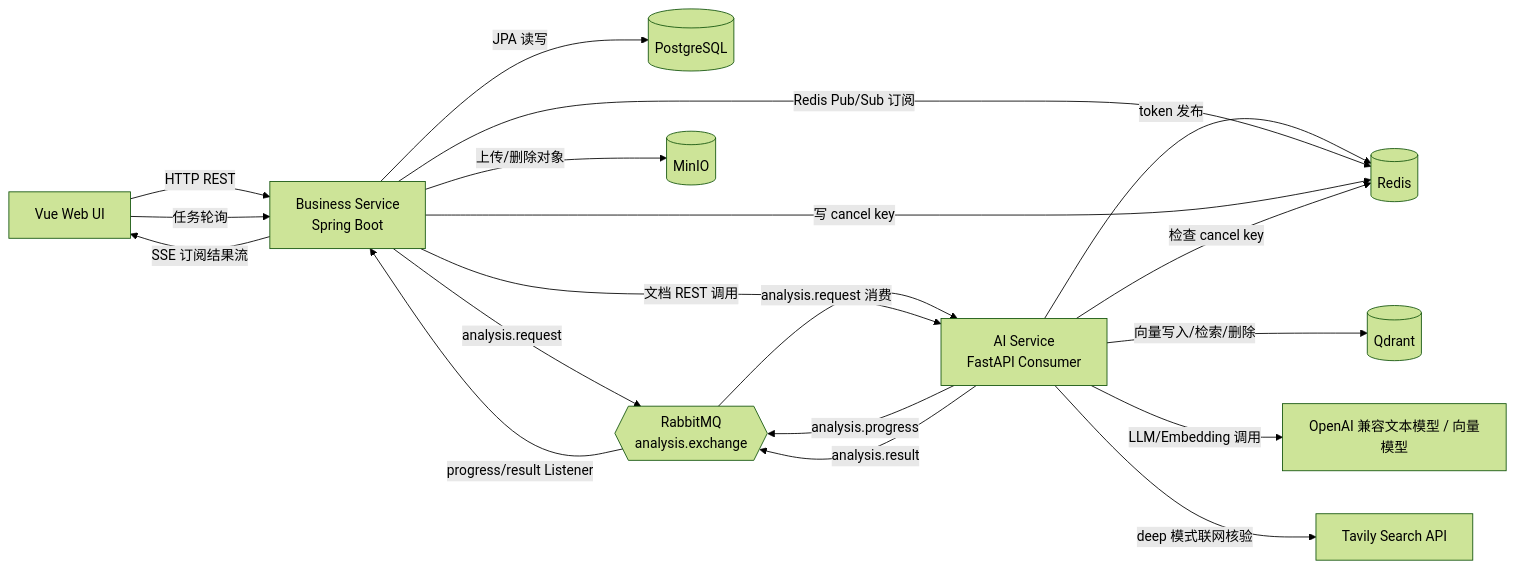
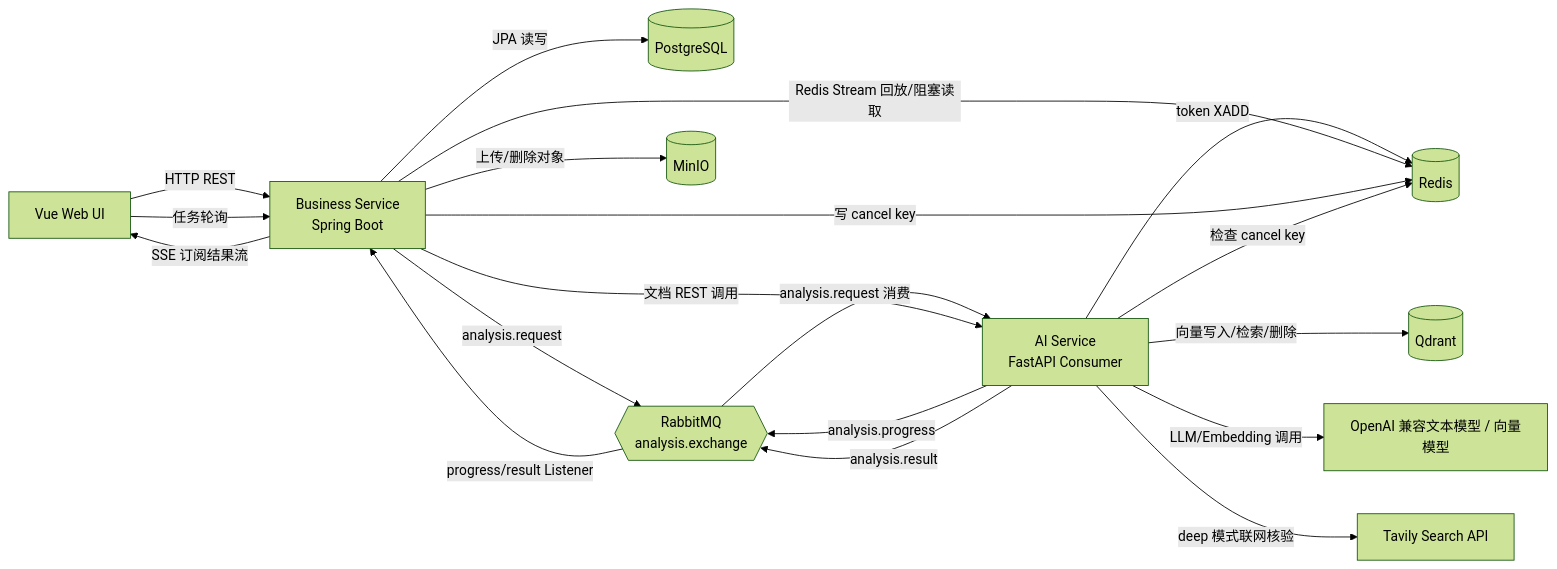
Before and after one commit to Arohtea/The_Dehydrator: the fifth of 5 diagrams in docs/system-diagrams.md, drawn with Mermaid (forest theme). The commit also changed other lines of this file and 36 other files, not shown here.

````diff
--- a/docs/system-diagrams.md
+++ b/docs/system-diagrams.md
@@ -271,32 +273,32 @@
 ```mermaid
 flowchart LR
     UI[Vue Web UI]
     BS[Business Service<br/>Spring Boot]
     AI[AI Service<br/>FastAPI Consumer]
     PG[(PostgreSQL)]
     MQ{{RabbitMQ<br/>analysis.exchange}}
     R[(Redis)]
     S3[(MinIO)]
     V[(Qdrant)]
     LLM[OpenAI 兼容文本模型 / 向量模型]
     WEB[Tavily Search API]
 
     UI -- HTTP REST --> BS
     UI -- 任务轮询 --> BS
     BS -- SSE 订阅结果流 --> UI
     BS -- JPA 读写 --> PG
     BS -- 上传/删除对象 --> S3
     BS -- analysis.request --> MQ
     MQ -- analysis.request 消费 --> AI
     AI -- analysis.progress --> MQ
     AI -- analysis.result --> MQ
     MQ -- progress/result Listener --> BS
-    AI -- token 发布 --> R
-    BS -- Redis Pub/Sub 订阅 --> R
+    AI -- token XADD --> R
+    BS -- Redis Stream 回放/阻塞读取 --> R
     BS -- 写 cancel key --> R
     AI -- 检查 cancel key --> R
     AI -- 向量写入/检索/删除 --> V
     AI -- LLM/Embedding 调用 --> LLM
     AI -- deep 模式联网核验 --> WEB
     BS -- 文档 REST 调用 --> AI
 ```
````
